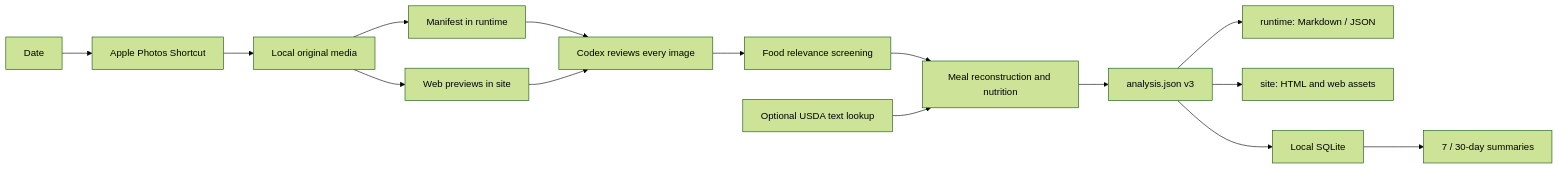
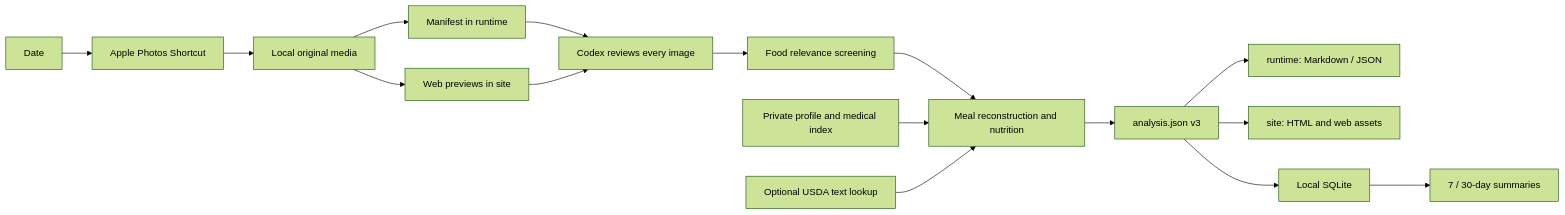
Before and after one commit to imathwy/health: the diagram in README.md, drawn with Mermaid (forest theme). The commit also changed other lines of this file and 26 other files, not shown here.

Commit message:
Add private personal profile pipeline

````diff
--- a/README.md
+++ b/README.md
@@ -12,17 +12,18 @@
 ```mermaid
 flowchart LR
     A[Date] --> B[Apple Photos Shortcut]
     B --> C[Local original media]
     C --> D[Manifest in runtime]
     C --> P[Web previews in site]
     D --> E[Codex reviews every image]
     P --> E
     E --> S[Food relevance screening]
     S --> N[Meal reconstruction and nutrition]
+    X[Private profile and medical index] --> N
     U[Optional USDA text lookup] --> N
     N --> F[analysis.json v3]
     F --> G[runtime: Markdown / JSON]
     F --> W[site: HTML and web assets]
     F --> H[Local SQLite]
     H --> I[7 / 30-day summaries]
 ```
````
